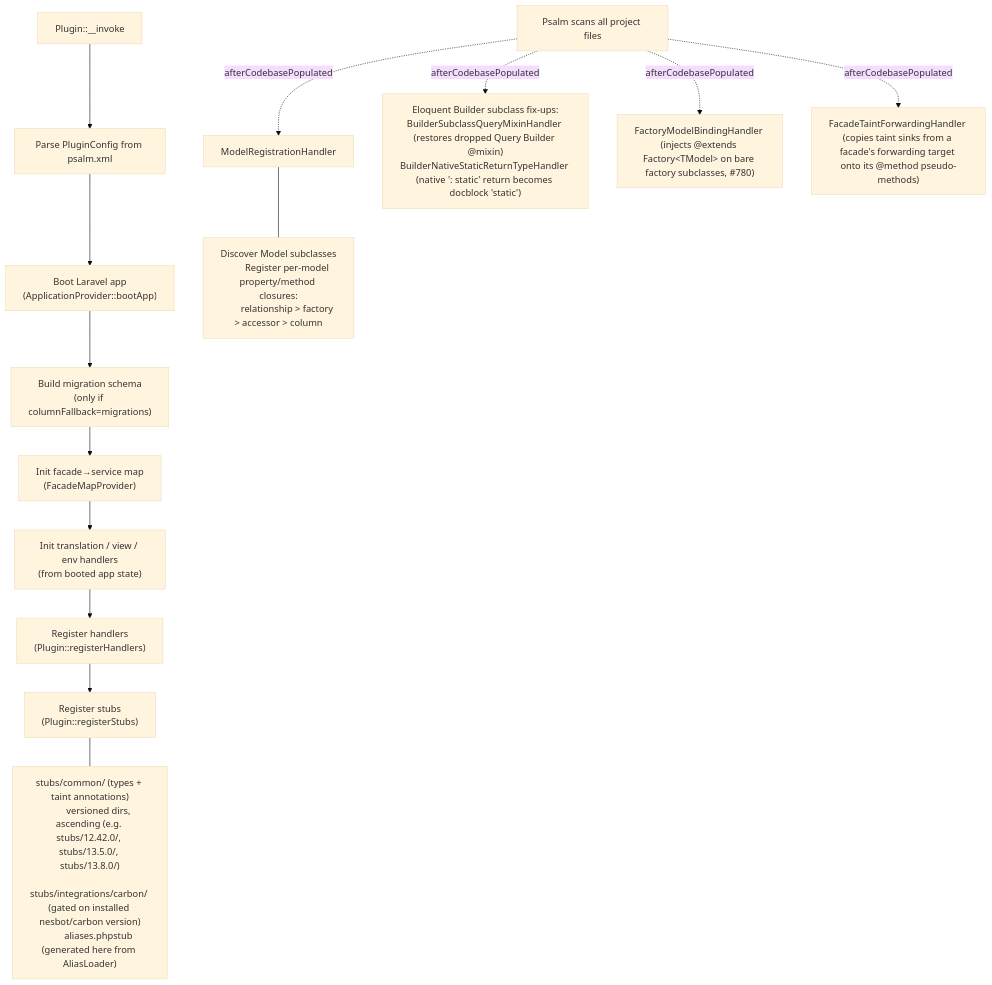
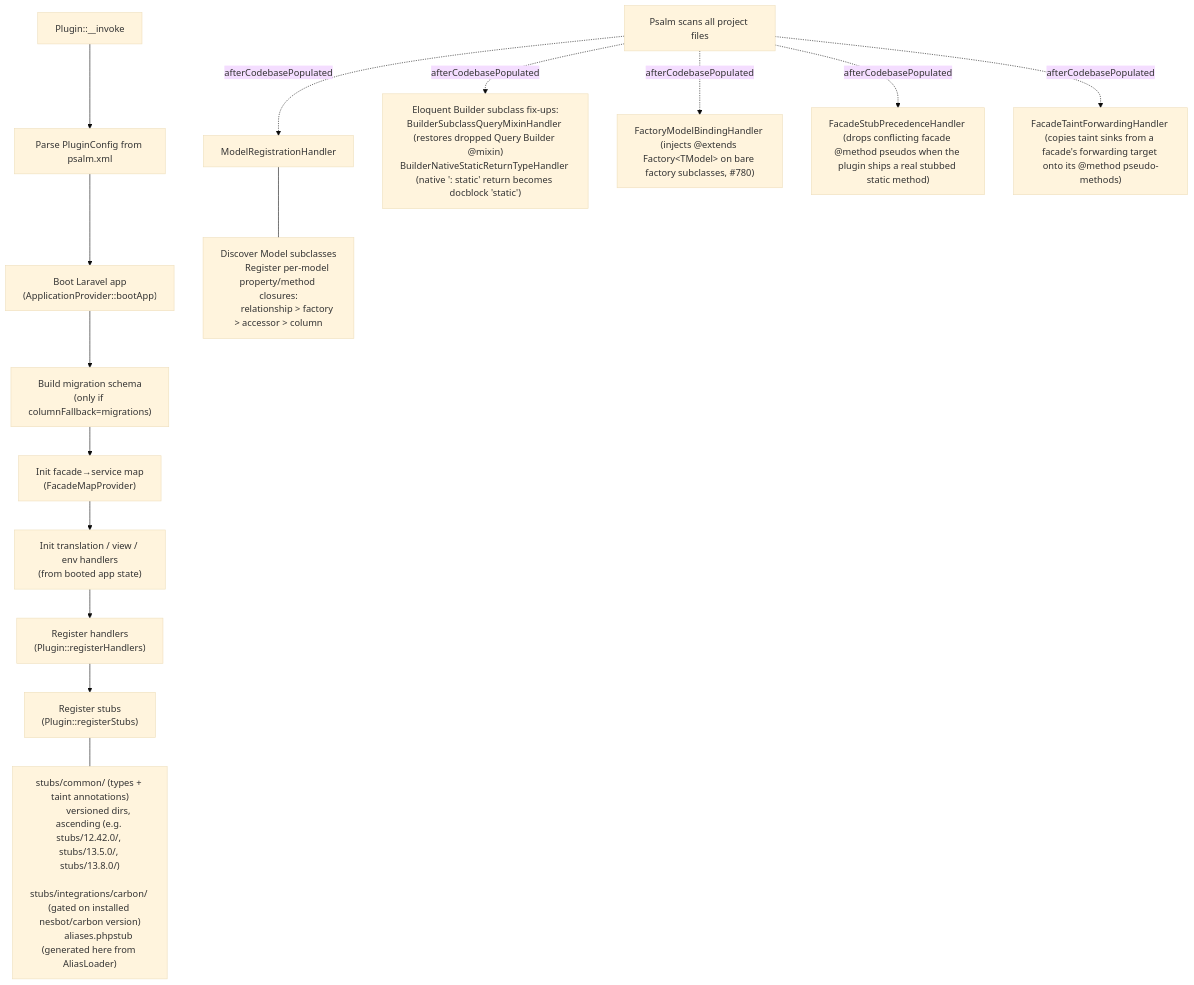
One commit to psalm/psalm-plugin-laravel changed the first of 2 diagrams in docs/contributing/README.md. Above: the diagram before and after it, drawn with Mermaid (base theme). The commit also changed 3 other files, not shown here.

Commit message:
fix(facades): restore stub precedence #1368

````diff
--- a/docs/contributing/README.md
+++ b/docs/contributing/README.md
@@ -19,27 +19,28 @@
 ```mermaid
 flowchart TD
     A["Plugin::__invoke"] --> B["Parse PluginConfig from psalm.xml"]
     B --> C["Boot Laravel app\n(ApplicationProvider::bootApp)"]
     C --> D["Build migration schema\n(only if columnFallback=migrations)"]
     D --> E["Init facade→service map\n(FacadeMapProvider)"]
     E --> F["Init translation / view / env handlers\n(from booted app state)"]
     F --> G["Register handlers\n(Plugin::registerHandlers)"]
     G --> H["Register stubs\n(Plugin::registerStubs)"]
 
     H --- stubs["
         stubs/common/ (types + taint annotations)
         versioned dirs, ascending (e.g. stubs/12.42.0/, stubs/13.5.0/, stubs/13.8.0/)
         stubs/integrations/carbon/ (gated on installed nesbot/carbon version)
         aliases.phpstub (generated here from AliasLoader)
     "]
 
     I["Psalm scans all project files"] -.->|afterCodebasePopulated| J["ModelRegistrationHandler"]
     I -.->|afterCodebasePopulated| K["Eloquent Builder subclass fix-ups:\nBuilderSubclassQueryMixinHandler (restores dropped Query Builder @mixin)\nBuilderNativeStaticReturnTypeHandler (native ': static' return becomes docblock 'static')"]
     I -.->|afterCodebasePopulated| FMB["FactoryModelBindingHandler (injects @extends Factory&lt;TModel&gt; on bare factory subclasses, #780)"]
+    I -.->|afterCodebasePopulated| FSP["FacadeStubPrecedenceHandler (drops conflicting facade @method pseudos when the plugin ships a real stubbed static method)"]
     I -.->|afterCodebasePopulated| FTF["FacadeTaintForwardingHandler (copies taint sinks from a facade's forwarding target onto its @method pseudo-methods)"]
     J --- models["
         Discover Model subclasses
         Register per-model property/method closures:
         relationship > factory > accessor > column
     "]
 ```
````
